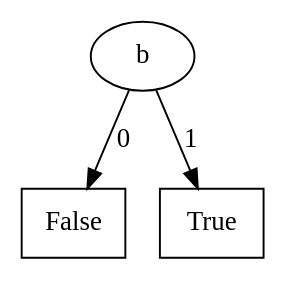
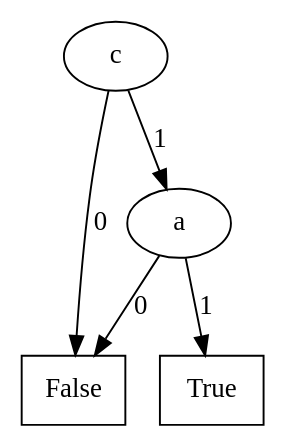
The diagram in Mu-calculus_model_checker/f15.dot (lputruele/tesis), drawn with Graphviz before and after one commit. The commit also changed 13 other files, not shown here.

```diff
--- a/Mu-calculus_model_checker/f15.dot
+++ b/Mu-calculus_model_checker/f15.dot
@@ -1,15 +1,23 @@
 digraph BDD {
 node[shape=oval];
-2[label="b"];
+3[label="c"];
+node[shape=rectangle];
+0[label=False];
+node[shape=oval];
+
+3->0[label=0];
+2[label="a"];
 node[shape=rectangle];
 0[label=False];
 node[shape=oval];
 
 2->0[label=0];
 node[shape=rectangle];
 1[label=True];
 node[shape=oval];
 
 2->1[label=1];
 
+3->2[label=1];
+
 }
```
